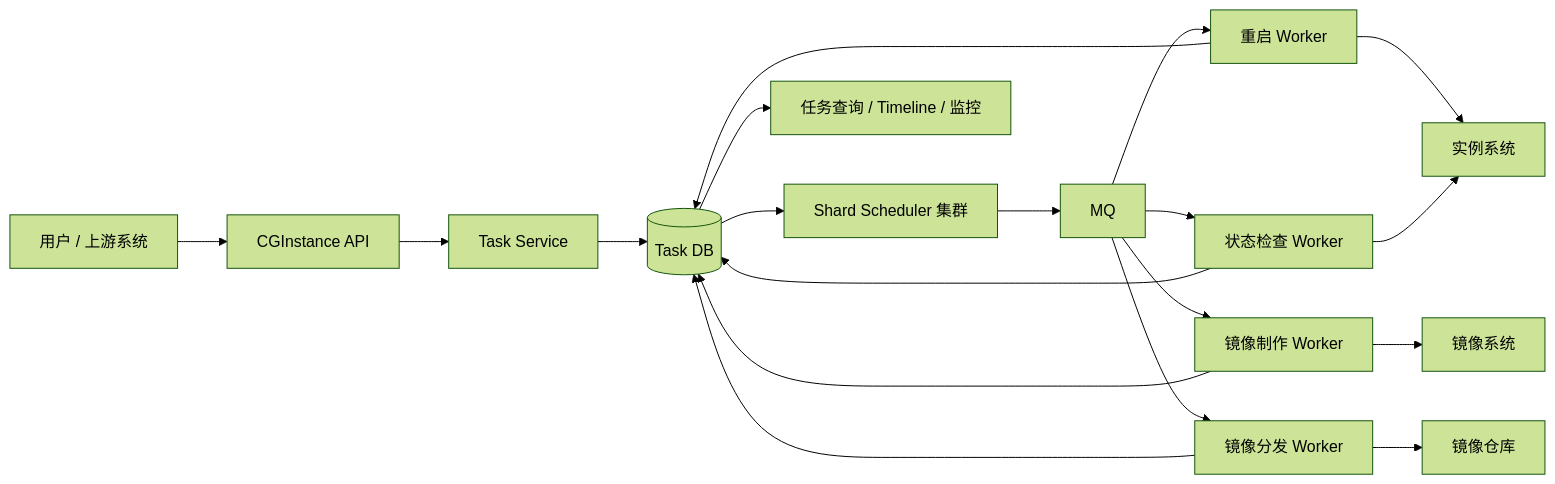
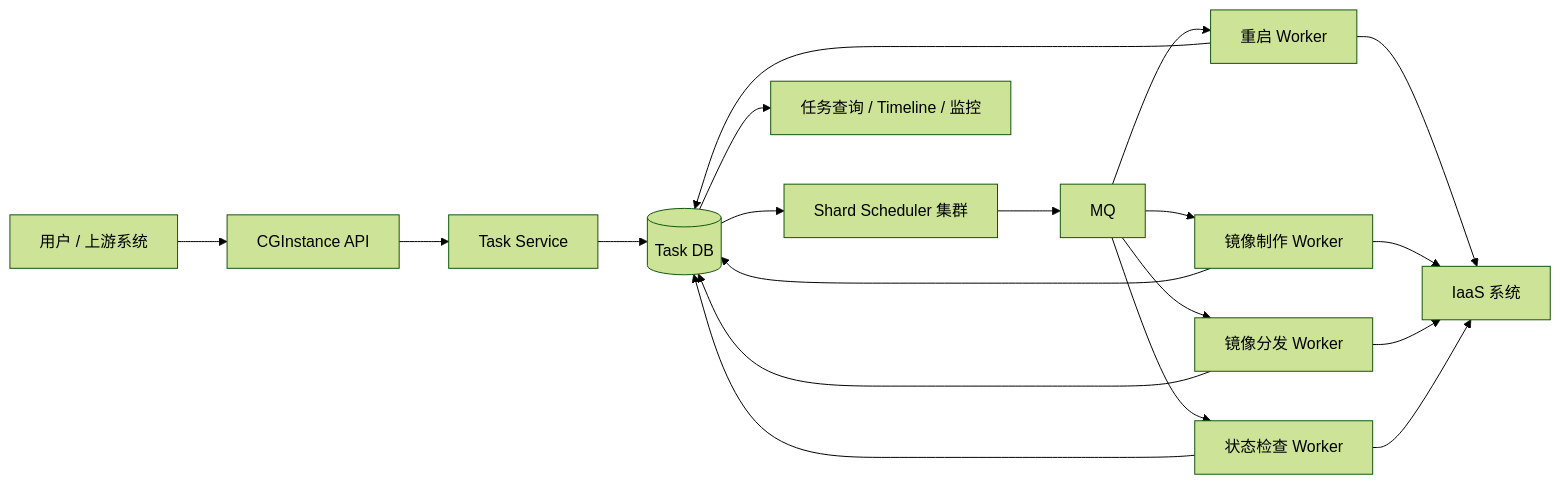
Before and after one commit to VentureDuan/docs_workspace: the first of 16 diagrams in 00_Inbox/agent-drafts/CGInstance 实例任务批处理系统技术方案.md, drawn with Mermaid (forest theme). The commit also changed other lines of this file and 25 other files, not shown here.

````diff
--- a/00_Inbox/agent-drafts/CGInstance 实例任务批处理系统技术方案.md
+++ b/00_Inbox/agent-drafts/CGInstance 实例任务批处理系统技术方案.md
@@ -56,26 +56,26 @@
 ```mermaid
 flowchart LR
     A[用户 / 上游系统] --> B[CGInstance API]
     B --> C[Task Service]
     C --> D[(Task DB)]
 
     D --> E[Shard Scheduler 集群]
     E --> F[MQ]
 
     F --> G1[重启 Worker]
     F --> G2[镜像制作 Worker]
     F --> G3[镜像分发 Worker]
     F --> G4[状态检查 Worker]
 
-    G1 --> H[实例系统]
-    G2 --> I[镜像系统]
-    G3 --> J[镜像仓库]
+    G1 --> H[IaaS 系统]
+    G2 --> H
+    G3 --> H
     G4 --> H
 
     G1 --> D
     G2 --> D
     G3 --> D
     G4 --> D
 
     D --> K[任务查询 / Timeline / 监控]
 ```
````
